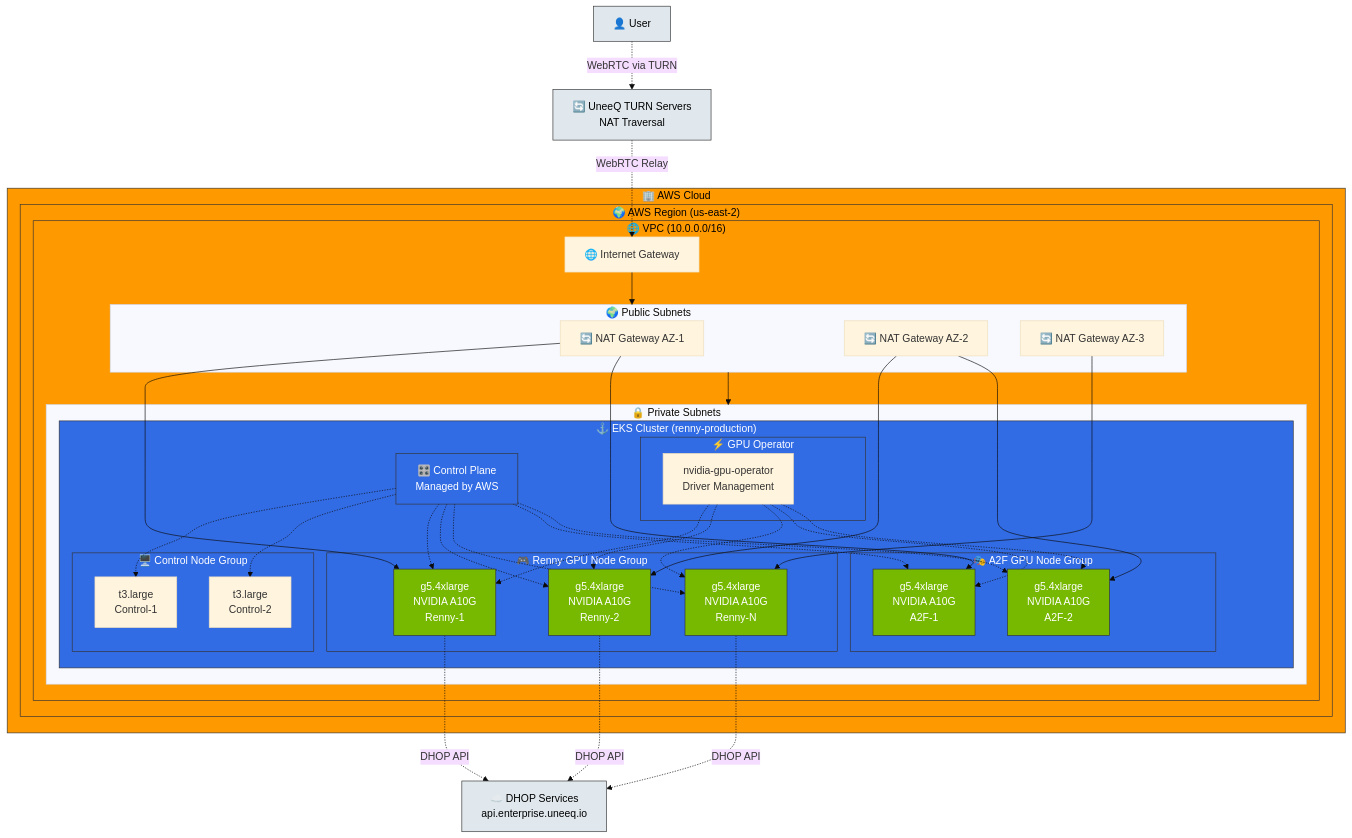
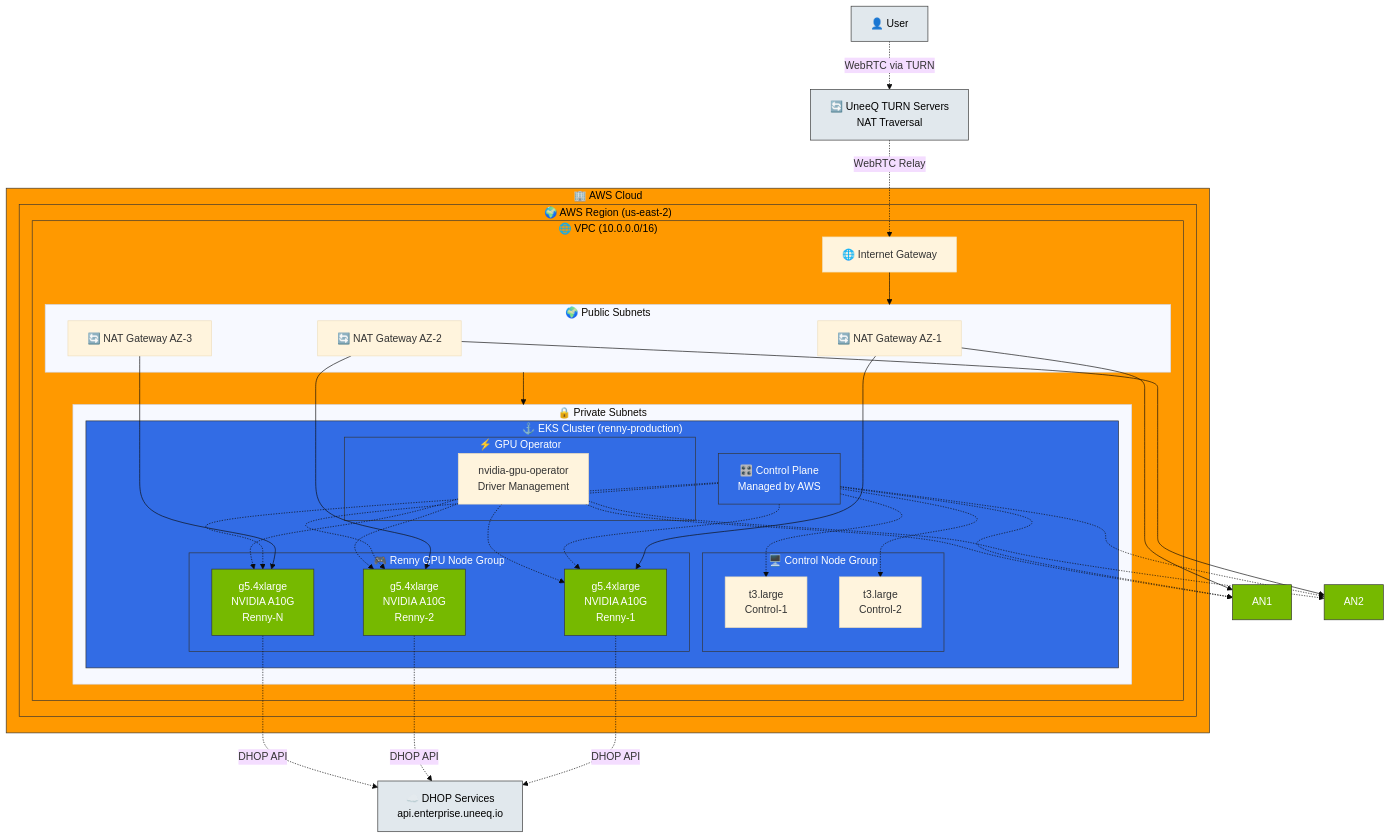
Before and after one commit to uneeq-digital-humans/miniprem: the first of 3 diagrams in kubernetes/README.md, drawn with Mermaid (base theme). The commit also changed other lines of this file and 4 other files, not shown here.

````diff
--- a/kubernetes/README.md
+++ b/kubernetes/README.md
@@ -380,10 +378,6 @@
                             RN3[g5.4xlarge<br/>NVIDIA A10G<br/>Renny-N]
                         end
                         
-                        subgraph A2FNodes["🎭 A2F GPU Node Group"]
-                            AN1[g5.4xlarge<br/>NVIDIA A10G<br/>A2F-1]
-                            AN2[g5.4xlarge<br/>NVIDIA A10G<br/>A2F-2]
-                        end
                         
                         subgraph GPUOperator["⚡ GPU Operator"]
                             GO[nvidia-gpu-operator<br/>Driver Management]
@@ -431,7 +425,7 @@
     classDef external fill:#E1E8ED,stroke:#333,color:#000
     
     class AWS,Region,VPC aws
-    class EKS,CP,ControlNodes,RennyNodes,A2FNodes,GPUOperator k8s
+    class EKS,CP,ControlNodes,RennyNodes,GPUOperator k8s
     class RN1,RN2,RN3,AN1,AN2 gpu
     class User,TURN,DHOP external
 ```
````
